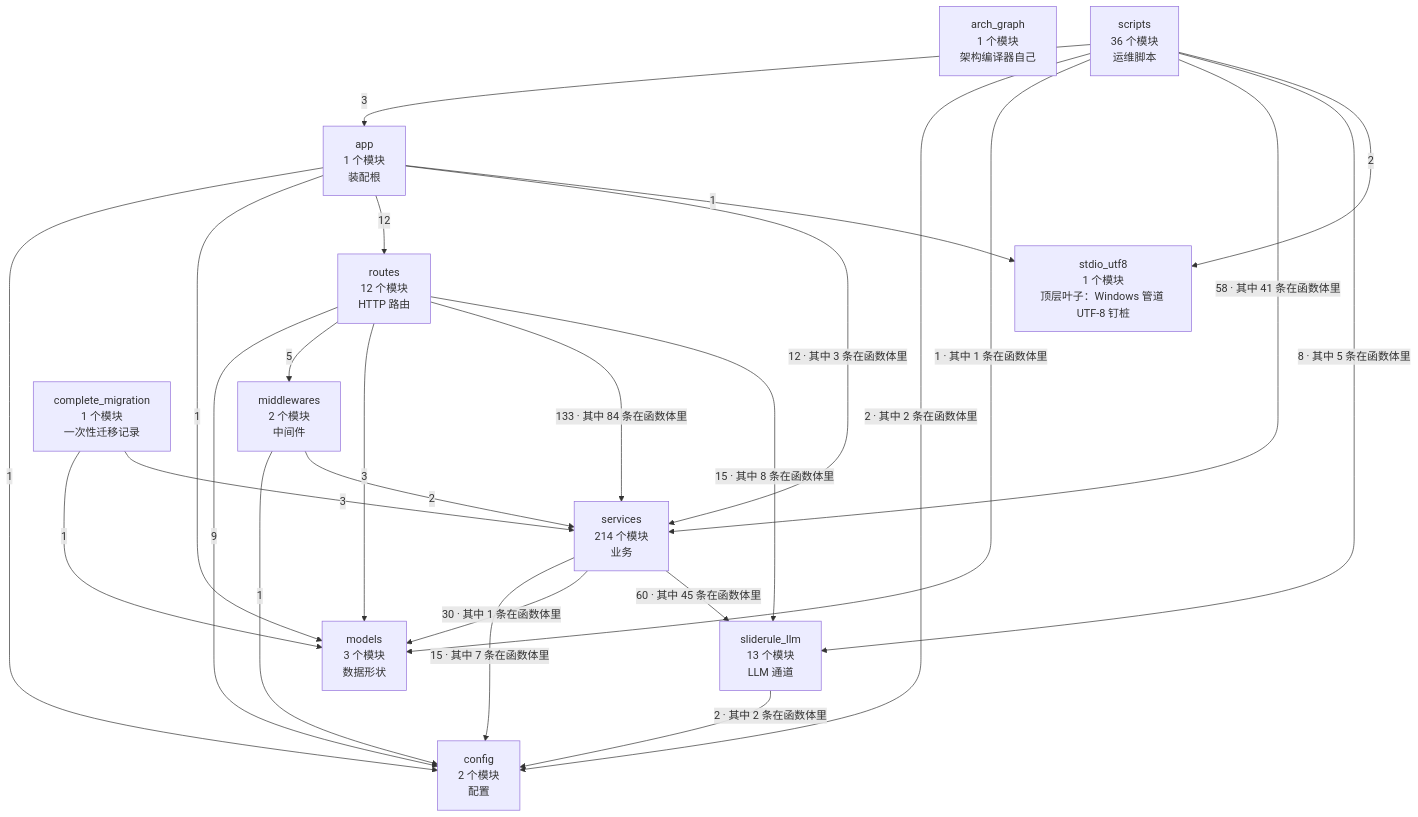
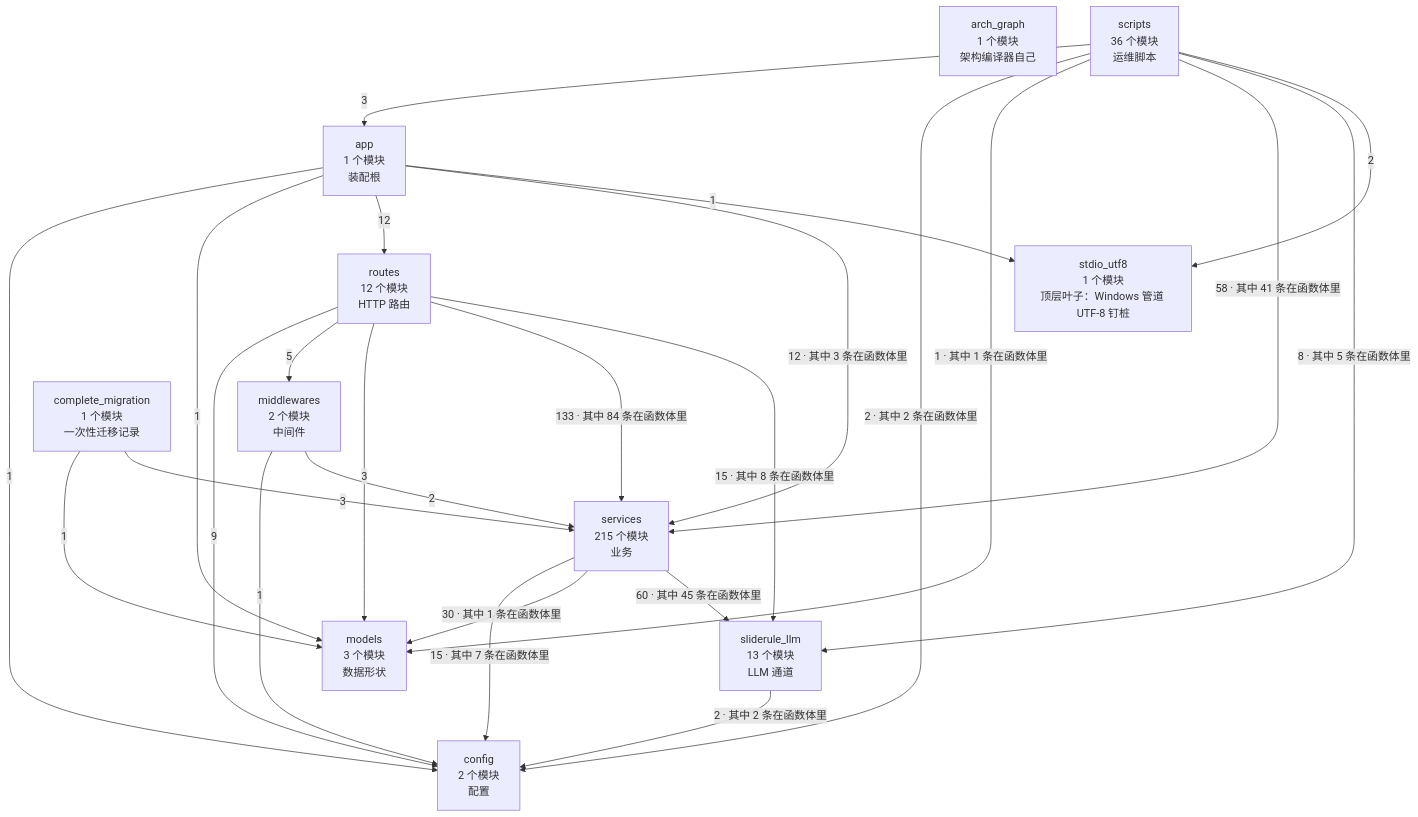
Before and after one commit to 2686521696/WhyBuddy: the second of 4 diagrams in docs/SlideRule V6.2 架构图（自动生成）.md, drawn with Mermaid. The commit also changed other lines of this file and 10 other files, not shown here.

````diff
--- a/docs/SlideRule V6.2 架构图（自动生成）.md
+++ b/docs/SlideRule V6.2 架构图（自动生成）.md
@@ -60,38 +60,38 @@
 ```mermaid
 flowchart TB
   arch_graph["arch_graph<br/>1 个模块<br/>架构编译器自己"]
   config["config<br/>2 个模块<br/>配置"]
   models["models<br/>3 个模块<br/>数据形状"]
   stdio_utf8["stdio_utf8<br/>1 个模块<br/>顶层叶子：Windows 管道 UTF-8 钉桩"]
   sliderule_llm["sliderule_llm<br/>13 个模块<br/>LLM 通道"]
   middlewares["middlewares<br/>2 个模块<br/>中间件"]
-  services["services<br/>214 个模块<br/>业务"]
+  services["services<br/>215 个模块<br/>业务"]
   routes["routes<br/>12 个模块<br/>HTTP 路由"]
   app["app<br/>1 个模块<br/>装配根"]
   complete_migration["complete_migration<br/>1 个模块<br/>一次性迁移记录"]
   scripts["scripts<br/>36 个模块<br/>运维脚本"]
   app -->|1| config
   app -->|1| models
   app -->|12| routes
   app -->|12 · 其中 3 条在函数体里| services
   app -->|1| stdio_utf8
   complete_migration -->|1| models
   complete_migration -->|3| services
   middlewares -->|1| config
   middlewares -->|2| services
   routes -->|9| config
   routes -->|5| middlewares
   routes -->|3| models
   routes -->|133 · 其中 84 条在函数体里| services
   routes -->|15 · 其中 8 条在函数体里| sliderule_llm
   scripts -->|3| app
   scripts -->|2 · 其中 2 条在函数体里| config
   scripts -->|1 · 其中 1 条在函数体里| models
   scripts -->|58 · 其中 41 条在函数体里| services
   scripts -->|8 · 其中 5 条在函数体里| sliderule_llm
   scripts -->|2| stdio_utf8
   services -->|15 · 其中 7 条在函数体里| config
   services -->|30 · 其中 1 条在函数体里| models
   services -->|60 · 其中 45 条在函数体里| sliderule_llm
   sliderule_llm -->|2 · 其中 2 条在函数体里| config
 ```
````
